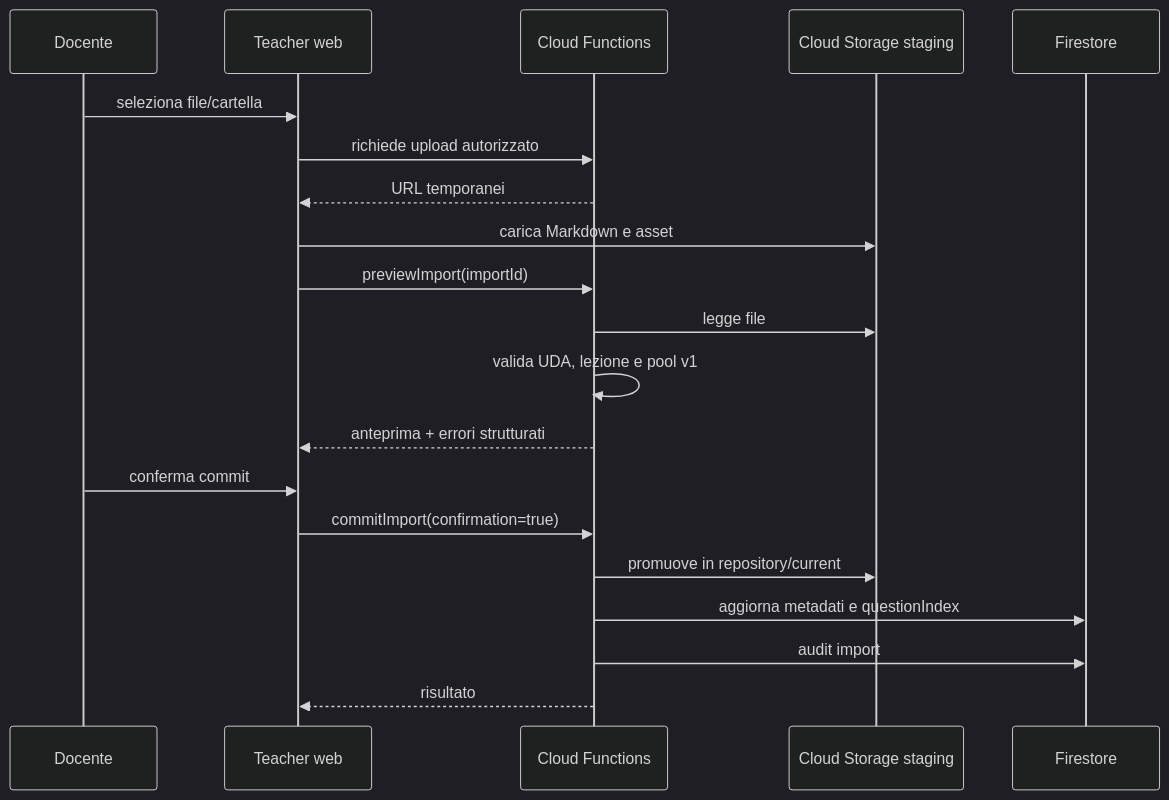
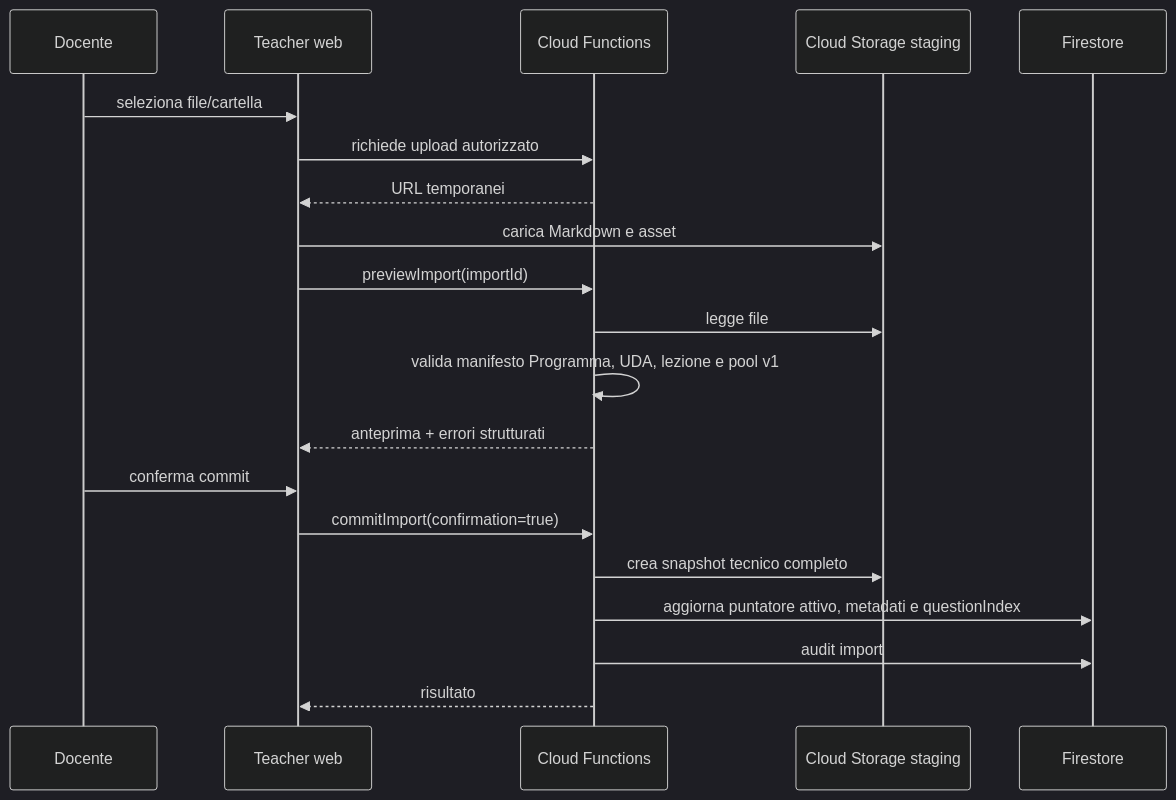
Before and after one commit to EnricoPaparo/SchoolForge: the diagram in documentazione/diagrammi/sequence-import-lezione.md, drawn with Mermaid (dark theme). The commit also changed other lines of this file and 15 other files, not shown here.

````diff
--- a/documentazione/diagrammi/sequence-import-lezione.md
+++ b/documentazione/diagrammi/sequence-import-lezione.md
@@ -3,23 +3,23 @@
 ```mermaid
 sequenceDiagram
     participant D as Docente
     participant W as Teacher web
     participant B as Cloud Functions
     participant S as Cloud Storage staging
     participant F as Firestore
 
     D->>W: seleziona file/cartella
     W->>B: richiede upload autorizzato
     B-->>W: URL temporanei
     W->>S: carica Markdown e asset
     W->>B: previewImport(importId)
     B->>S: legge file
-    B->>B: valida UDA, lezione e pool v1
+    B->>B: valida manifesto Programma, UDA, lezione e pool v1
     B-->>W: anteprima + errori strutturati
     D->>W: conferma commit
     W->>B: commitImport(confirmation=true)
-    B->>S: promuove in repository/current
-    B->>F: aggiorna metadati e questionIndex
+    B->>S: crea snapshot tecnico completo
+    B->>F: aggiorna puntatore attivo, metadati e questionIndex
     B->>F: audit import
     B-->>W: risultato
 ```
````
